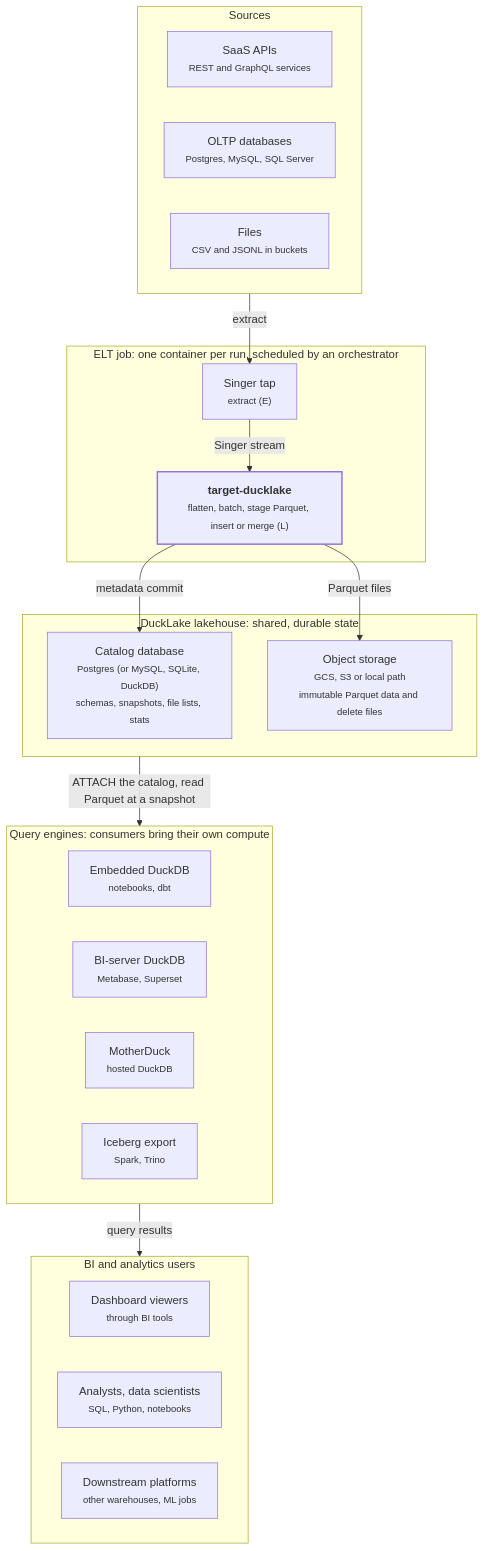
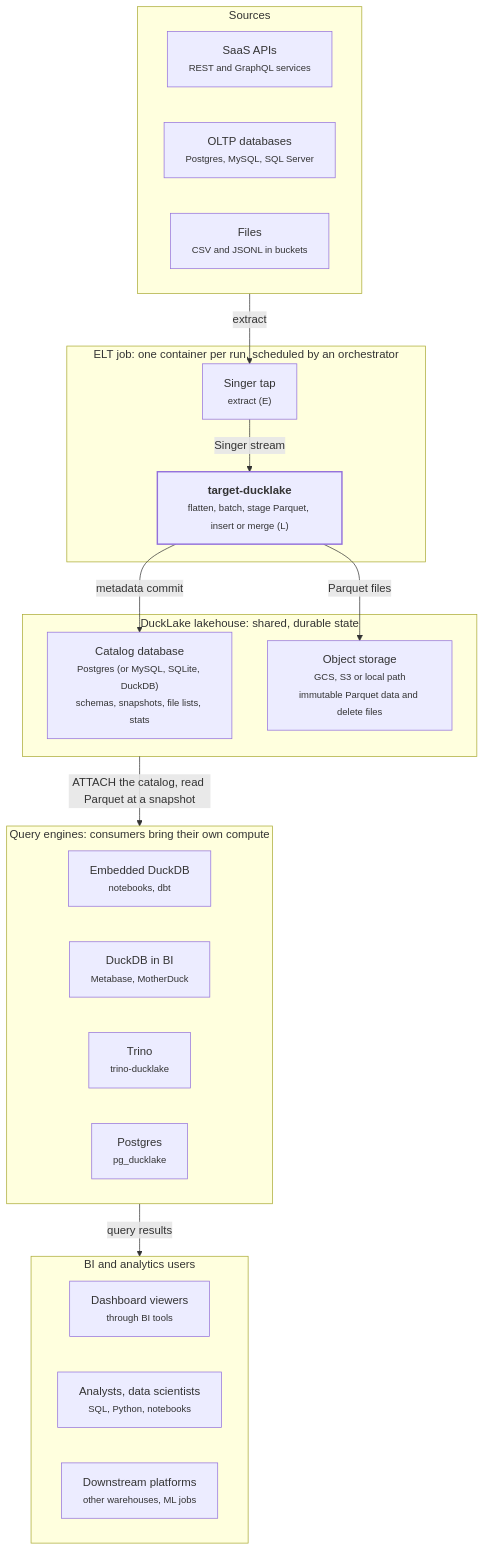
Before and after one commit to paulcaron16k/target-ducklake: the first of 2 diagrams in docs/ARCHITECTURE.md, drawn with Mermaid. The commit also changed other lines of this file, not shown here.

First line of the commit message:
docs: update consumption alternatives with native Trino, pg_ducklake and Spark connectors

````diff
--- a/docs/ARCHITECTURE.md
+++ b/docs/ARCHITECTURE.md
@@ -49,40 +49,40 @@
 ```mermaid
 flowchart TB
     subgraph Sources
         saas["SaaS APIs<br/><small>REST and GraphQL services</small>"]
         oltp["OLTP databases<br/><small>Postgres, MySQL, SQL Server</small>"]
         files["Files<br/><small>CSV and JSONL in buckets</small>"]
     end
 
     subgraph Job["ELT job: one container per run, scheduled by an orchestrator"]
         tap["Singer tap<br/><small>extract (E)</small>"]
         target["<b>target-ducklake</b><br/><small>flatten, batch, stage Parquet, insert or merge (L)</small>"]
         tap -- "Singer stream" --> target
     end
 
     subgraph Lake["DuckLake lakehouse: shared, durable state"]
         catalog["Catalog database<br/><small>Postgres (or MySQL, SQLite, DuckDB)<br/>schemas, snapshots, file lists, stats</small>"]
         storage["Object storage<br/><small>GCS, S3 or local path<br/>immutable Parquet data and delete files</small>"]
     end
 
     subgraph Engines["Query engines: consumers bring their own compute"]
         embedded["Embedded DuckDB<br/><small>notebooks, dbt</small>"]
-        biduck["BI-server DuckDB<br/><small>Metabase, Superset</small>"]
-        motherduck["MotherDuck<br/><small>hosted DuckDB</small>"]
-        iceberg["Iceberg export<br/><small>Spark, Trino</small>"]
+        biduck["DuckDB in BI<br/><small>Metabase, MotherDuck</small>"]
+        trino["Trino<br/><small>trino-ducklake</small>"]
+        pgducklake["Postgres<br/><small>pg_ducklake</small>"]
     end
 
     subgraph Users["BI and analytics users"]
         dash["Dashboard viewers<br/><small>through BI tools</small>"]
         analysts["Analysts, data scientists<br/><small>SQL, Python, notebooks</small>"]
         downstream["Downstream platforms<br/><small>other warehouses, ML jobs</small>"]
     end
 
     Sources -- extract --> tap
     target -- "metadata commit" --> catalog
     target -- "Parquet files" --> storage
     Lake -- "ATTACH the catalog, read Parquet at a snapshot" --> Engines
     Engines -- "query results" --> Users
 
     style target stroke-width:2px
 ```
````
